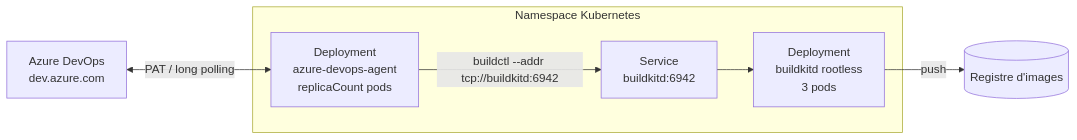
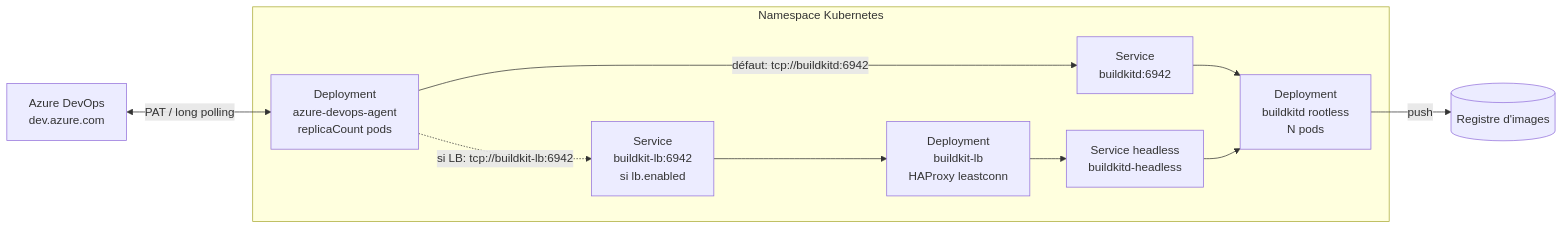
The diagram in chart/README.md (SEPTEO-OPENSOURCE/azure-agent-pipeline), drawn with Mermaid before and after one commit. The commit also changed other lines of this file and 8 other files, not shown here.

Commit message:
gateway buildkit tcp

````diff
--- a/chart/README.md
+++ b/chart/README.md
@@ -39,13 +42,17 @@
 ```mermaid
 flowchart LR
     ADO[Azure DevOps<br/>dev.azure.com] <-- "PAT / long polling" --> AGENT
 
     subgraph NS[Namespace Kubernetes]
         AGENT[Deployment<br/>azure-devops-agent<br/>replicaCount pods]
         SVC[Service<br/>buildkitd:6942]
-        BK[Deployment<br/>buildkitd rootless<br/>3 pods]
-        AGENT -- "buildctl --addr tcp://buildkitd:6942" --> SVC --> BK
+        LBSVC[Service<br/>buildkit-lb:6942<br/>si lb.enabled]
+        LB[Deployment<br/>buildkit-lb<br/>HAProxy leastconn]
+        HEAD[Service headless<br/>buildkitd-headless]
+        BK[Deployment<br/>buildkitd rootless<br/>N pods]
+        AGENT -- "défaut: tcp://buildkitd:6942" --> SVC --> BK
+        AGENT -. "si LB: tcp://buildkit-lb:6942" .-> LBSVC --> LB --> HEAD --> BK
     end
 
     BK -- "push" --> REG[(Registre d'images)]
 ```
````
